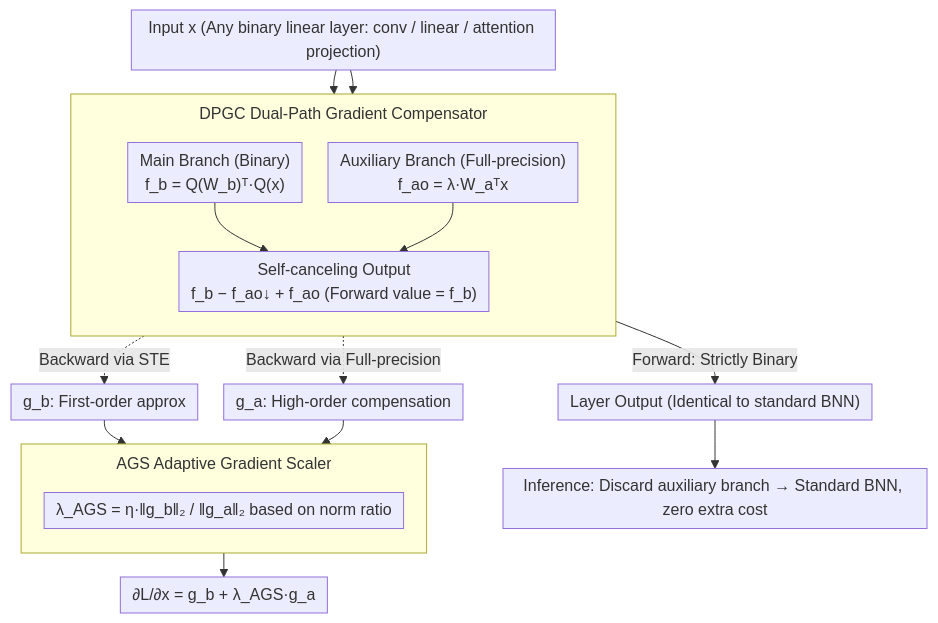
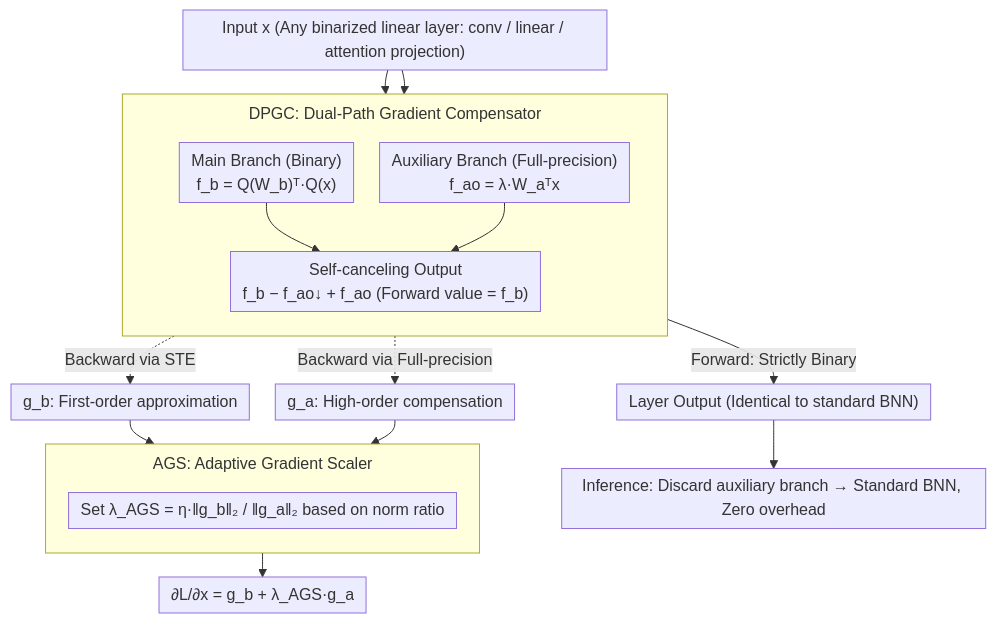
Before and after one commit to zhaoyang97/Paper-Notes-en: the diagram in docs/ICML2026/model_compression/surge_surrogate_gradient_adaptation_in_binary_neural_networks.md, drawn with Mermaid. The commit also changed other lines of this file and 5084 other files, not shown here.

````diff
--- a/docs/ICML2026/model_compression/surge_surrogate_gradient_adaptation_in_binary_neural_networks.md
+++ b/docs/ICML2026/model_compression/surge_surrogate_gradient_adaptation_in_binary_neural_networks.md
@@ -44,26 +44,26 @@
 ```mermaid
 %%{init: {'flowchart': {'rankSpacing': 24, 'nodeSpacing': 26, 'padding': 6, 'wrappingWidth': 400, 'subGraphTitleMargin': {'top': 8, 'bottom': 16}}}}%%
 flowchart TD
-    X["Input x (Any binary linear layer: conv / linear / attention projection)"]
-    subgraph DPGC["DPGC Dual-Path Gradient Compensator"]
+    X["Input x (Any binarized linear layer: conv / linear / attention projection)"]
+    subgraph DPGC["DPGC: Dual-Path Gradient Compensator"]
         direction TB
         MB["Main Branch (Binary)<br/>f_b = Q(W_b)ᵀ·Q(x)"]
         AB["Auxiliary Branch (Full-precision)<br/>f_ao = λ·W_aᵀx"]
         OUT["Self-canceling Output<br/>f_b − f_ao↓ + f_ao (Forward value = f_b)"]
         MB --> OUT
         AB --> OUT
     end
     X --> MB
     X --> AB
     OUT -->|Forward: Strictly Binary| FWD["Layer Output (Identical to standard BNN)"]
-    MB -.Backward via STE.-> GB["g_b: First-order approx"]
+    MB -.Backward via STE.-> GB["g_b: First-order approximation"]
     AB -.Backward via Full-precision.-> GA["g_a: High-order compensation"]
     GB --> AGS
     GA --> AGS
-    subgraph AGS["AGS Adaptive Gradient Scaler"]
+    subgraph AGS["AGS: Adaptive Gradient Scaler"]
         direction TB
-        LAM["λ_AGS = η·‖g_b‖₂ / ‖g_a‖₂ based on norm ratio"]
+        LAM["Set λ_AGS = η·‖g_b‖₂ / ‖g_a‖₂ based on norm ratio"]
     end
     AGS --> GRAD["∂L/∂x = g_b + λ_AGS·g_a"]
-    FWD --> INF["Inference: Discard auxiliary branch → Standard BNN, zero extra cost"]
+    FWD --> INF["Inference: Discard auxiliary branch → Standard BNN, Zero overhead"]
 ```
````
